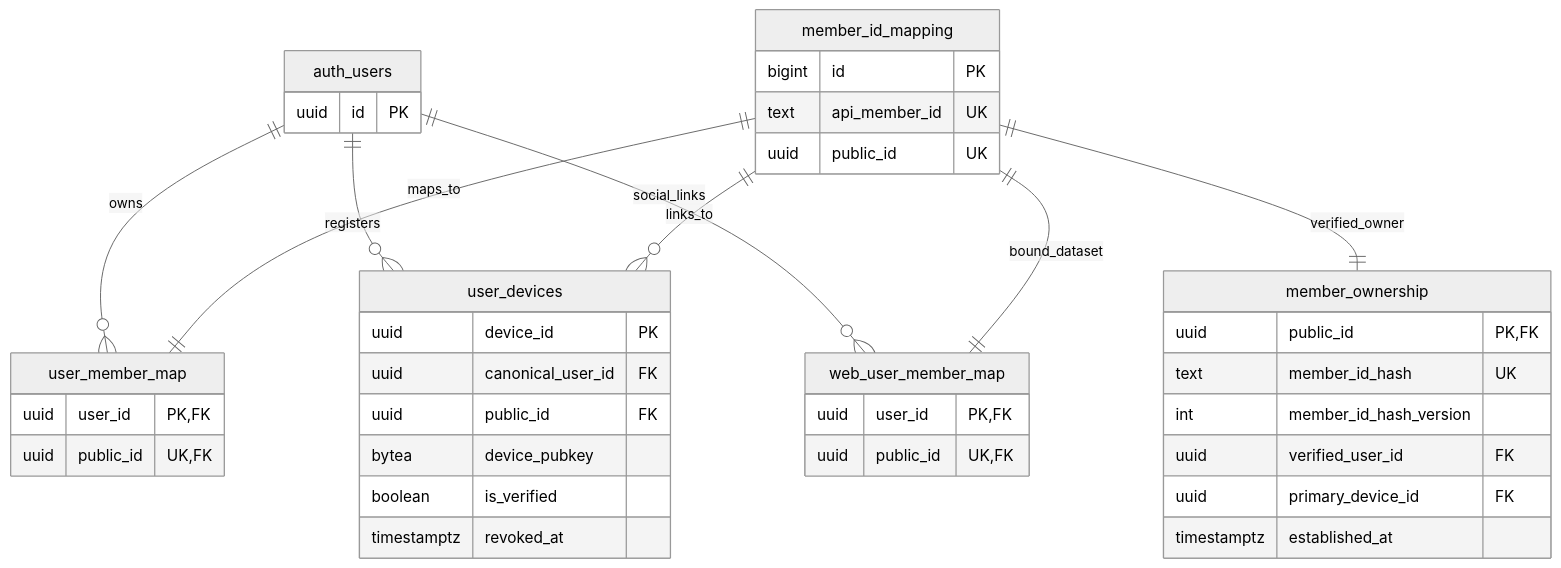
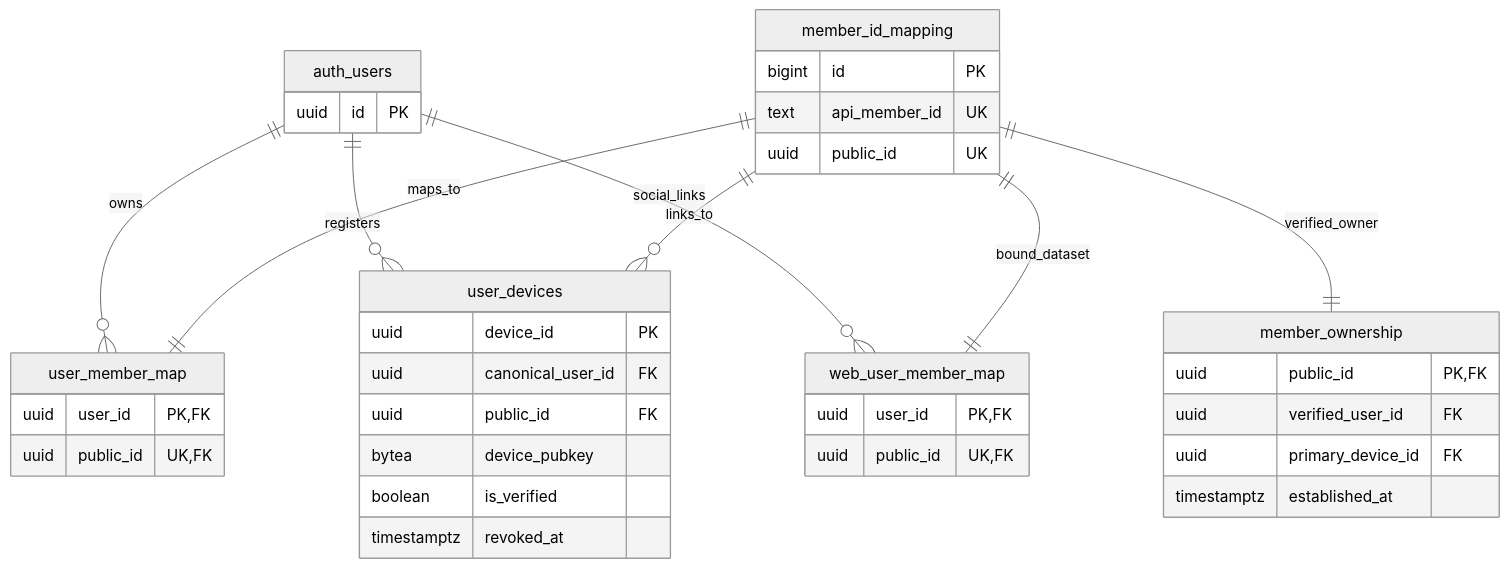
Before and after one commit to tsukasa-u/FUSOU: the first of 2 diagrams in docs/operations/member-id-preemptive-attack-and-recovery.md, drawn with Mermaid (neutral theme). The commit also changed other lines of this file and 1 other file, not shown here.

First line of the commit message:
docs(security): deprecate member_id_hash and pepper in favor of unified public_id identity chain

````diff
--- a/docs/operations/member-id-preemptive-attack-and-recovery.md
+++ b/docs/operations/member-id-preemptive-attack-and-recovery.md
@@ -162,43 +164,41 @@
 ```mermaid
 erDiagram
     auth_users ||--o{ user_member_map : owns
     member_id_mapping ||--|| user_member_map : maps_to
     auth_users ||--o{ user_devices : registers
     member_id_mapping ||--o{ user_devices : links_to
     member_id_mapping ||--|| member_ownership : verified_owner
     auth_users ||--o{ web_user_member_map : social_links
     member_id_mapping ||--|| web_user_member_map : bound_dataset
 
     auth_users {
         uuid id PK
     }
     member_id_mapping {
         bigint id PK
         text api_member_id UK
         uuid public_id UK
     }
     user_member_map {
         uuid user_id PK,FK
         uuid public_id UK,FK
     }
     web_user_member_map {
         uuid user_id PK,FK
         uuid public_id UK,FK
     }
     user_devices {
         uuid device_id PK
         uuid canonical_user_id FK
         uuid public_id FK
         bytea device_pubkey
         boolean is_verified
         timestamptz revoked_at
     }
     member_ownership {
         uuid public_id PK,FK
-        text member_id_hash UK
-        int member_id_hash_version
         uuid verified_user_id FK
         uuid primary_device_id FK
         timestamptz established_at
     }
 ```
````
